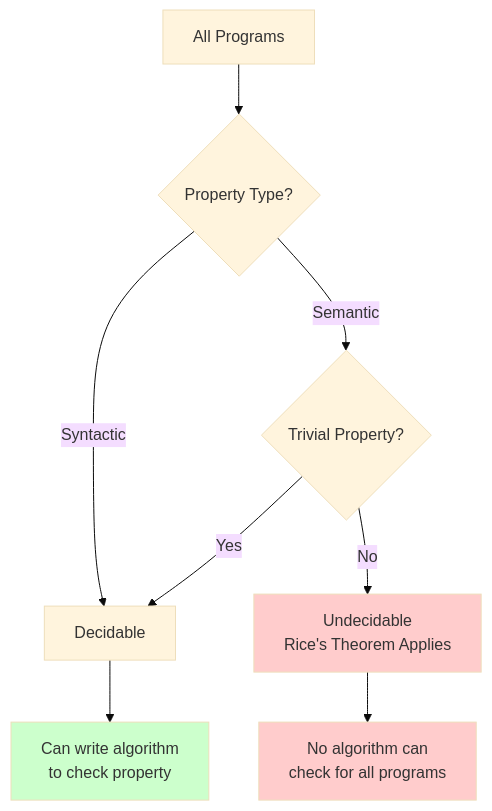
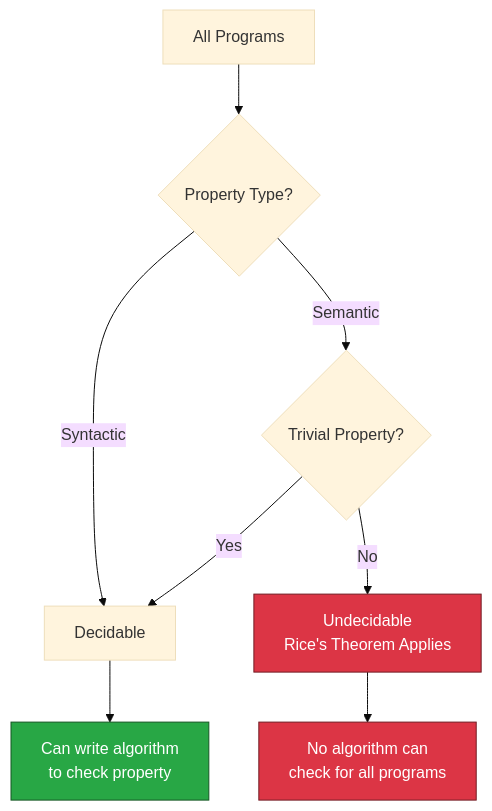
Before and after one commit to tikazyq/marvinzhang.dev: the first of 2 diagrams in blog/2025-10-02-rices-theorem-why-automated-testing-will-fail.mdx, drawn with Mermaid (base theme). The commit also changed other lines of this file and 3 other files, not shown here.

Commit message:
Enhance writing guidelines and blog content with Mermaid styling and MDX syntax updates; improve diagram readability and add truncate markers for blog previews.

````diff
--- a/blog/2025-10-02-rices-theorem-why-automated-testing-will-fail.mdx
+++ b/blog/2025-10-02-rices-theorem-why-automated-testing-will-fail.mdx
@@ -76,15 +76,15 @@
 ```mermaid
 flowchart TD
     A[All Programs] --> B{Property Type?}
     B -->|Syntactic| C[Decidable]
     B -->|Semantic| D{Trivial Property?}
     D -->|Yes| C
     D -->|No| E[Undecidable<br/>Rice's Theorem Applies]
     
     C --> F[Can write algorithm<br/>to check property]
     E --> G[No algorithm can<br/>check for all programs]
     
-    style E fill:#ffcccc
-    style F fill:#ccffcc
-    style G fill:#ffcccc
+    style E fill:#dc3545,stroke:#721c24,color:#fff
+    style F fill:#28a745,stroke:#155724,color:#fff
+    style G fill:#dc3545,stroke:#721c24,color:#fff
 ```
````
